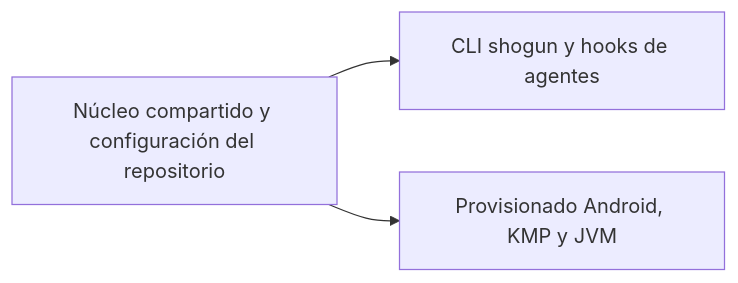
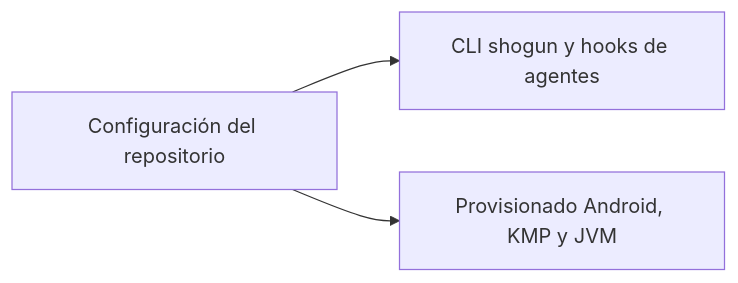
One commit to LuxionServer/ShogunAi changed the diagram in docs/roadmap.es.md. Above: the diagram before and after it, drawn with Mermaid. The commit also changed other lines of this file and 82 other files, not shown here.

````diff
--- a/docs/roadmap.es.md
+++ b/docs/roadmap.es.md
@@ -17,5 +17,5 @@
 ```mermaid
 graph LR
-    A["Núcleo compartido y configuración del repositorio"] --> B["CLI shogun y hooks de agentes"]
+    A["Configuración del repositorio"] --> B["CLI shogun y hooks de agentes"]
     A --> D["Provisionado Android, KMP y JVM"]
 ```
````
